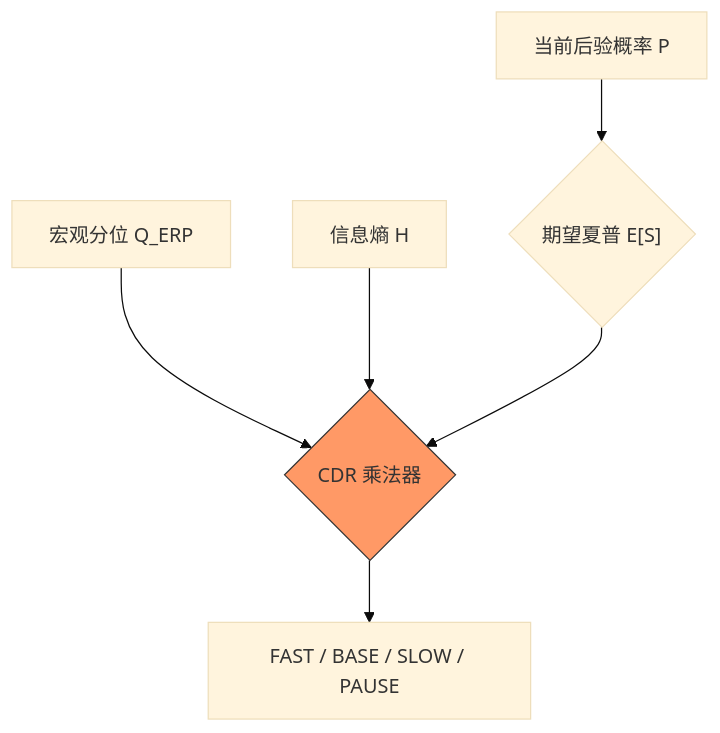
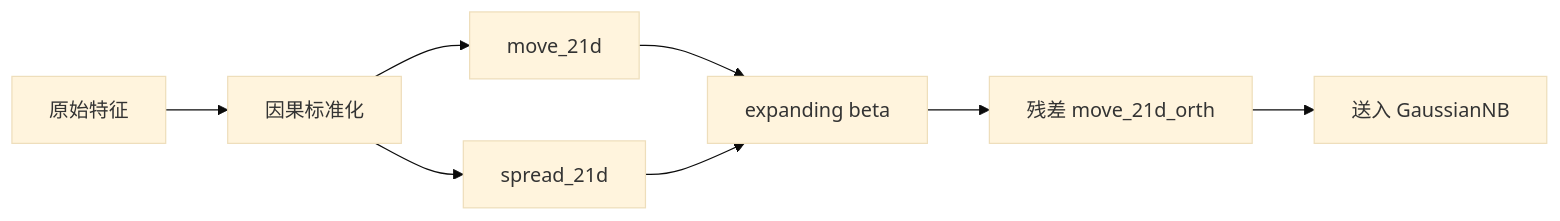
One commit to yutaofr/qqq-buyer-monitor changed the fifth of 10 diagrams in docs/V11_5_USER_PHILOSOPHY.md. Above: the diagram before and after it, drawn with Mermaid (base theme). The commit also changed other lines of this file and 1 other file, not shown here.

````diff
--- a/docs/V11_5_USER_PHILOSOPHY.md
+++ b/docs/V11_5_USER_PHILOSOPHY.md
@@ -211,9 +275,10 @@
 ```mermaid
-graph TD
-    A[当前后验概率 P] --> B{"期望夏普 E[S]"}
-    C[宏观分位 Q_ERP] --> D{CDR 乘法器}
-    E[信息熵 H] --> D
-    B --> D
-    D --> F[FAST / BASE / SLOW / PAUSE]
-    style D fill:#f96,stroke:#333
+flowchart LR
+    A[原始特征] --> B[因果标准化]
+    B --> C[move_21d]
+    B --> D[spread_21d]
+    C --> E[expanding beta]
+    D --> E
+    E --> F[残差 move_21d_orth]
+    F --> G[送入 GaussianNB]
 ```
````
